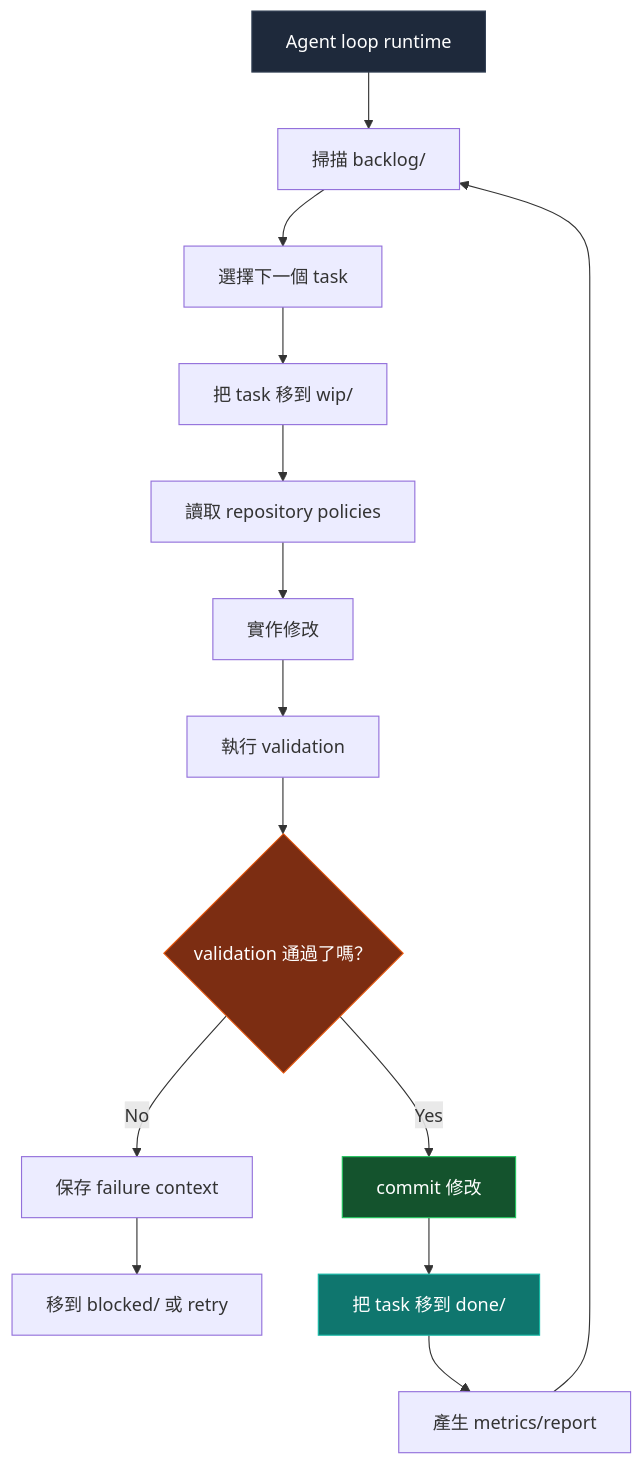
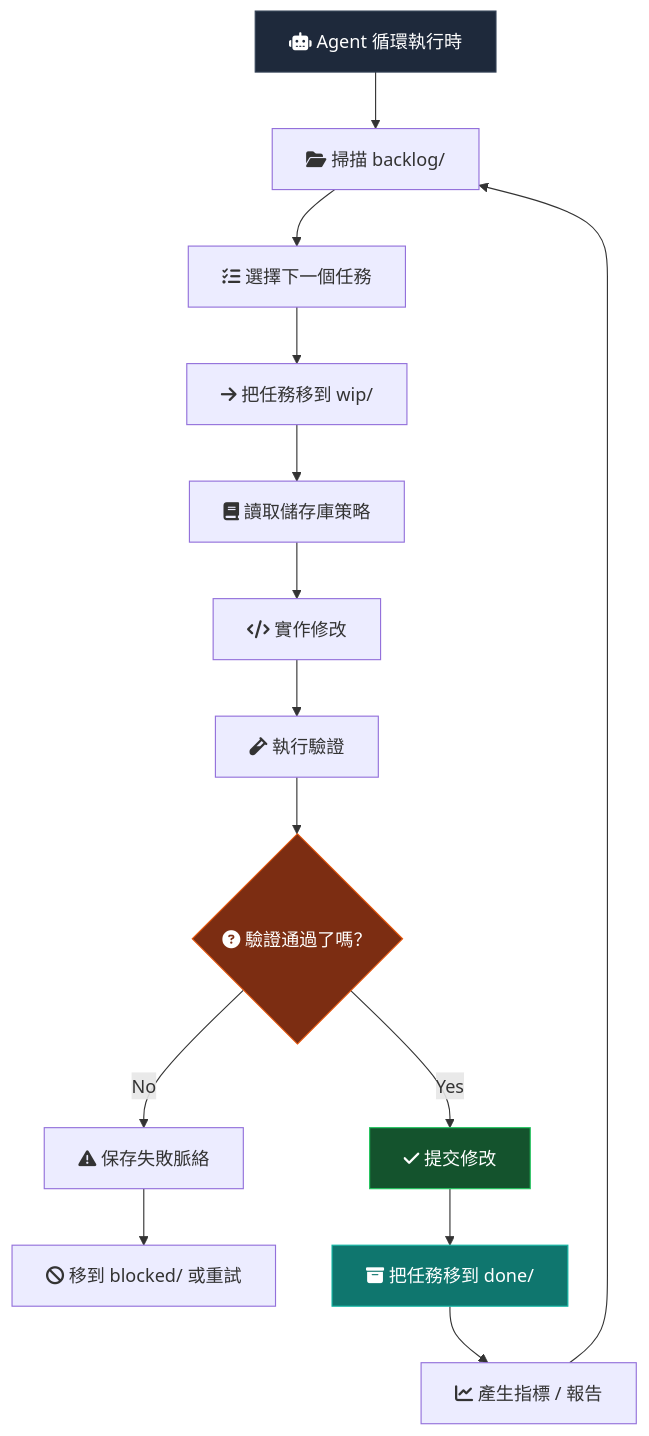
Before and after one commit to nelson-o/nelson-o.github.io: the first of 5 diagrams in content/zh-tw/ideas/agent-loops.mdx, drawn with Mermaid. The commit also changed other lines of this file and 3 other files, not shown here.

````diff
--- a/content/zh-tw/ideas/agent-loops.mdx
+++ b/content/zh-tw/ideas/agent-loops.mdx
@@ -55,21 +55,21 @@
 ```mermaid
 flowchart TD
-  A["Agent loop runtime"] --> B["掃描 backlog/"]
-  B --> C["選擇下一個 task"]
-  C --> D["把 task 移到 wip/"]
-  D --> E["讀取 repository policies"]
-  E --> F["實作修改"]
-  F --> G["執行 validation"]
-  G --> H{"validation 通過了嗎？"}
-  H -- "No" --> I["保存 failure context"]
-  I --> J["移到 blocked/ 或 retry"]
-  H -- "Yes" --> K["commit 修改"]
-  K --> L["把 task 移到 done/"]
-  L --> M["產生 metrics/report"]
+  A["fa:fa-robot Agent 循環執行時"] --> B["fa:fa-folder-open 掃描 backlog/"]
+  B --> C["fa:fa-list-check 選擇下一個任務"]
+  C --> D["fa:fa-arrow-right 把任務移到 wip/"]
+  D --> E["fa:fa-book 讀取儲存庫策略"]
+  E --> F["fa:fa-code 實作修改"]
+  F --> G["fa:fa-vial 執行驗證"]
+  G --> H{"fa:fa-circle-question 驗證通過了嗎？"}
+  H -- "No" --> I["fa:fa-triangle-exclamation 保存失敗脈絡"]
+  I --> J["fa:fa-ban 移到 blocked/ 或重試"]
+  H -- "Yes" --> K["fa:fa-check 提交修改"]
+  K --> L["fa:fa-box-archive 把任務移到 done/"]
+  L --> M["fa:fa-chart-line 產生指標 / 報告"]
   M --> B
 
   style A fill:#1e293b,color:#fff,stroke:#334155
   style H fill:#7c2d12,color:#fff,stroke:#ea580c
   style K fill:#14532d,color:#fff,stroke:#22c55e
   style L fill:#0f766e,color:#fff,stroke:#14b8a6
 ```
````
